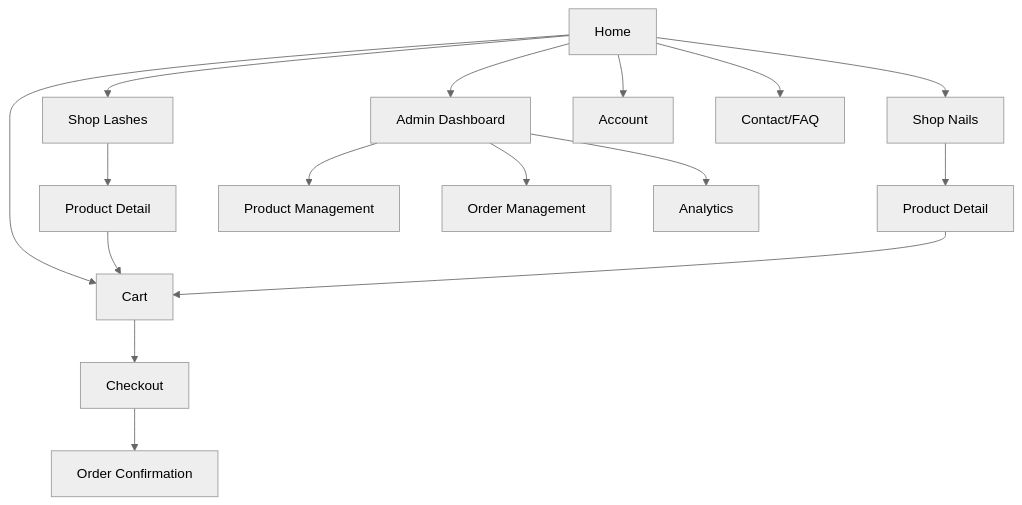
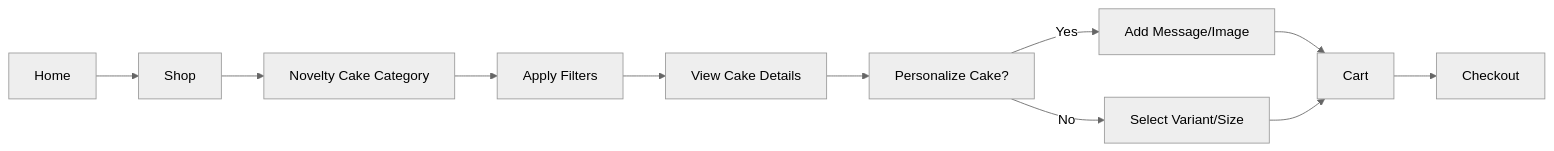
Before and after one commit to misterfitzy/false-eyelash-store: the first of 2 diagrams in designs/README.md, drawn with Mermaid (neutral theme). The commit also changed other lines of this file, not shown here.

Commit message:
Add high-level design for Product Manager review

````diff
--- a/designs/README.md
+++ b/designs/README.md
@@ -85,18 +102,13 @@
 ```mermaid
-graph TD
-  Home --> Lashes[Shop Lashes]
-  Home --> Nails[Shop Nails]
-  Home --> Cart[Cart]
-  Lashes --> LProduct[Product Detail]
-  Nails --> NProduct[Product Detail]
-  LProduct --> Cart
-  NProduct --> Cart
-  Cart --> Checkout
-  Checkout --> OrderConf[Order Confirmation]
-  Home --> Admin[Admin Dashboard]
-  Admin --> ProdMgmt[Product Management]
-  Admin --> Orders[Order Management]
-  Admin --> Analytics
-  Home --> Account[Account]
-  Home --> Contact[Contact/FAQ]
+flowchart LR
+    A[Home] --> B[Shop]
+    B --> C[Novelty Cake Category]
+    C --> D[Apply Filters]
+    D --> E[View Cake Details]
+    E --> F[Personalize Cake?]
+    F -- Yes --> G[Add Message/Image]
+    F -- No --> H[Select Variant/Size]
+    G --> I[Cart]
+    H --> I[Cart]
+    I --> J[Checkout]
 ```
````
